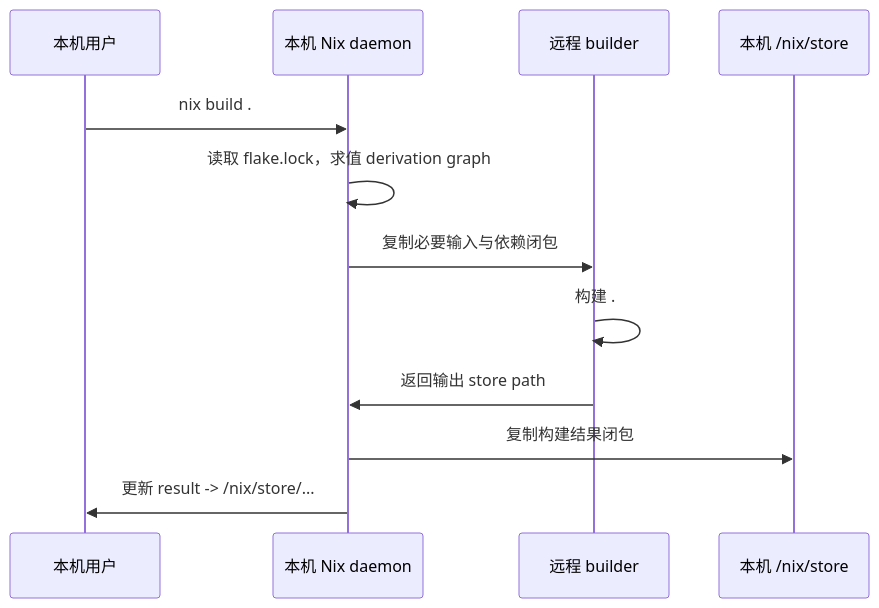
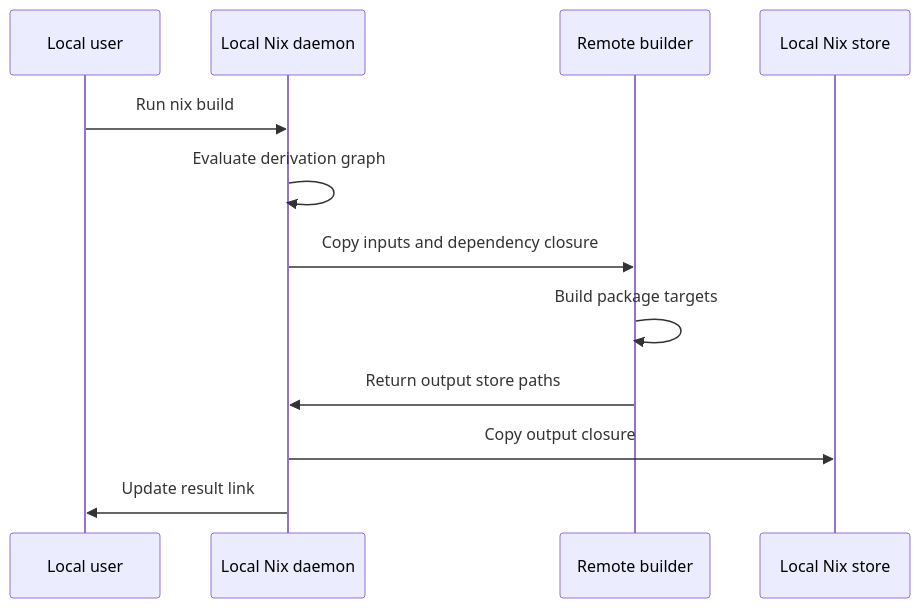
The second of 8 diagrams in src/lib/posts/nix-remote-build.md (zerokaze420/zerokaze_blog_sveltekit), drawn with Mermaid before and after one commit. The commit also changed other lines of this file and 2 other files, not shown here.

Commit message:
Add post table of contents and fix Mermaid rendering

````diff
--- a/src/lib/posts/nix-remote-build.md
+++ b/src/lib/posts/nix-remote-build.md
@@ -45,15 +45,15 @@
 ```mermaid
 sequenceDiagram
-  participant User as 本机用户
-  participant Nix as 本机 Nix daemon
-  participant Builder as 远程 builder
-  participant Store as 本机 /nix/store
+  participant User as Local user
+  participant Nix as Local Nix daemon
+  participant Builder as Remote builder
+  participant Store as Local Nix store
 
-  User->>Nix: nix build .#lpk --max-jobs 0
-  Nix->>Nix: 读取 flake.lock，求值 derivation graph
-  Nix->>Builder: 复制必要输入与依赖闭包
-  Builder->>Builder: 构建 .#frontendNodeModules / .#frontend / .#dockerImage / .#lpk
-  Builder->>Nix: 返回输出 store path
-  Nix->>Store: 复制构建结果闭包
-  Nix->>User: 更新 result -> /nix/store/...
+  User->>Nix: Run nix build
+  Nix->>Nix: Evaluate derivation graph
+  Nix->>Builder: Copy inputs and dependency closure
+  Builder->>Builder: Build package targets
+  Builder->>Nix: Return output store paths
+  Nix->>Store: Copy output closure
+  Nix->>User: Update result link
 ```
````
